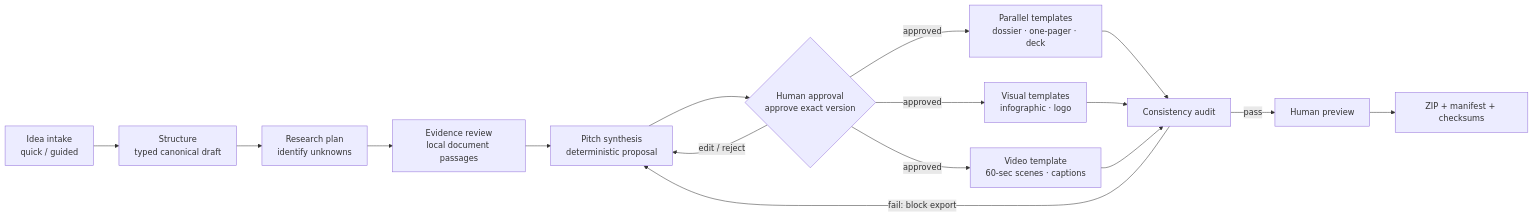
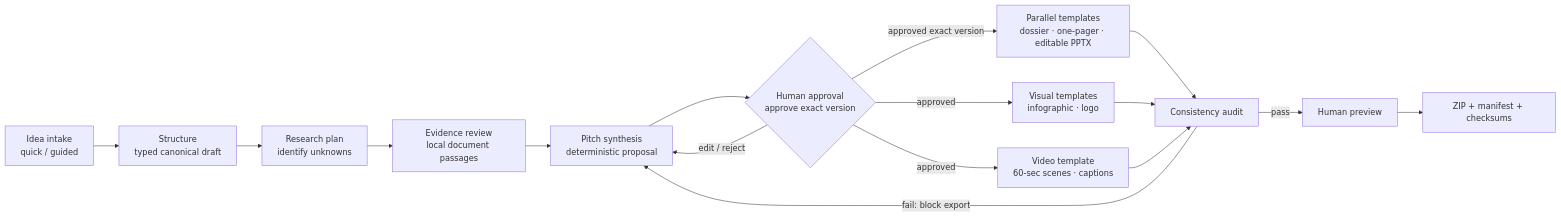
One commit to revDWD/First changed the diagram in docs/ARCHITECTURE.md. Above: the diagram before and after it, drawn with Mermaid. The commit also changed other lines of this file and 10 other files, not shown here.

Commit message:
Agent Host changes for agents/digital-project-pitch-studio-architecture (#1)

````diff
--- a/docs/ARCHITECTURE.md
+++ b/docs/ARCHITECTURE.md
@@ -7,18 +7,18 @@
 ```mermaid
 flowchart LR
   A[Idea intake<br/>quick / guided] --> B[Structure<br/>typed canonical draft]
   B --> C[Research plan<br/>identify unknowns]
   C --> D[Evidence review<br/>local document passages]
   D --> E[Pitch synthesis<br/>deterministic proposal]
   E --> F{Human approval<br/>approve exact version}
   F -->|edit / reject| E
-  F -->|approved| G[Parallel templates<br/>dossier · one-pager · deck]
+  F -->|approved exact version| G[Parallel templates<br/>dossier · one-pager · editable PPTX]
   F -->|approved| H[Visual templates<br/>infographic · logo]
   F -->|approved| I[Video template<br/>60-sec scenes · captions]
   G --> J[Consistency audit]
   H --> J
   I --> J
   J -->|fail: block export| E
   J -->|pass| K[Human preview]
   K --> L[ZIP + manifest + checksums]
 ```
````
